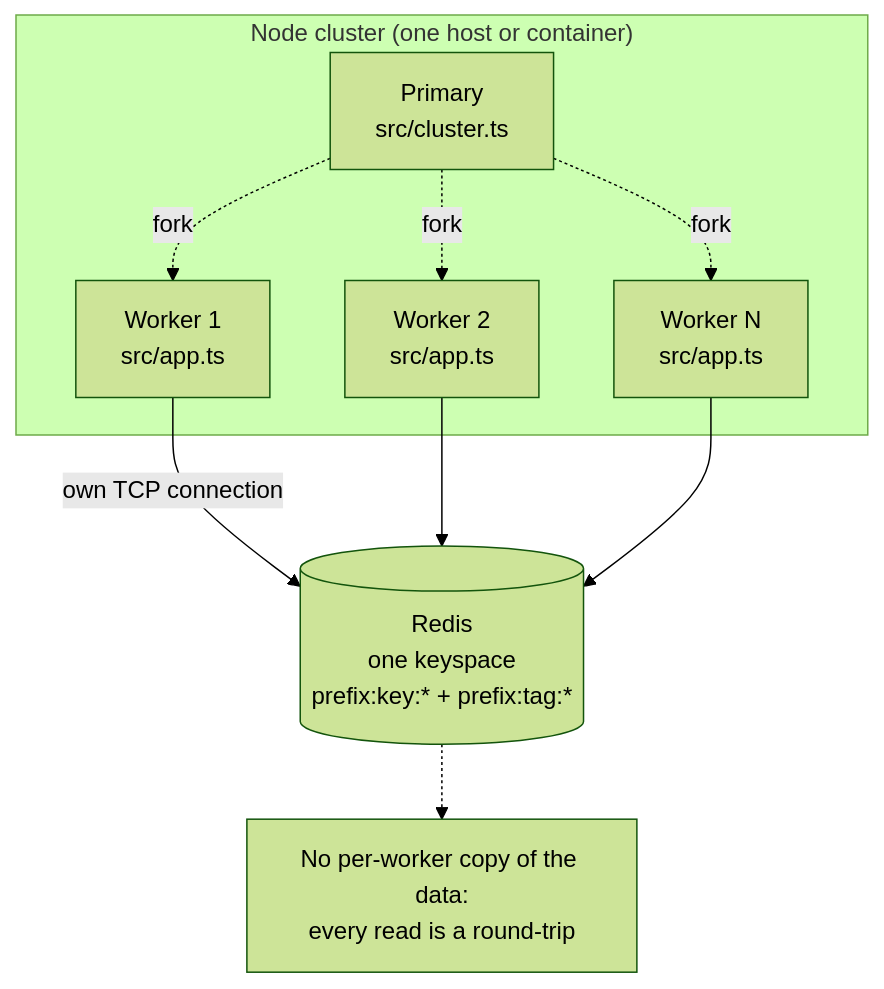
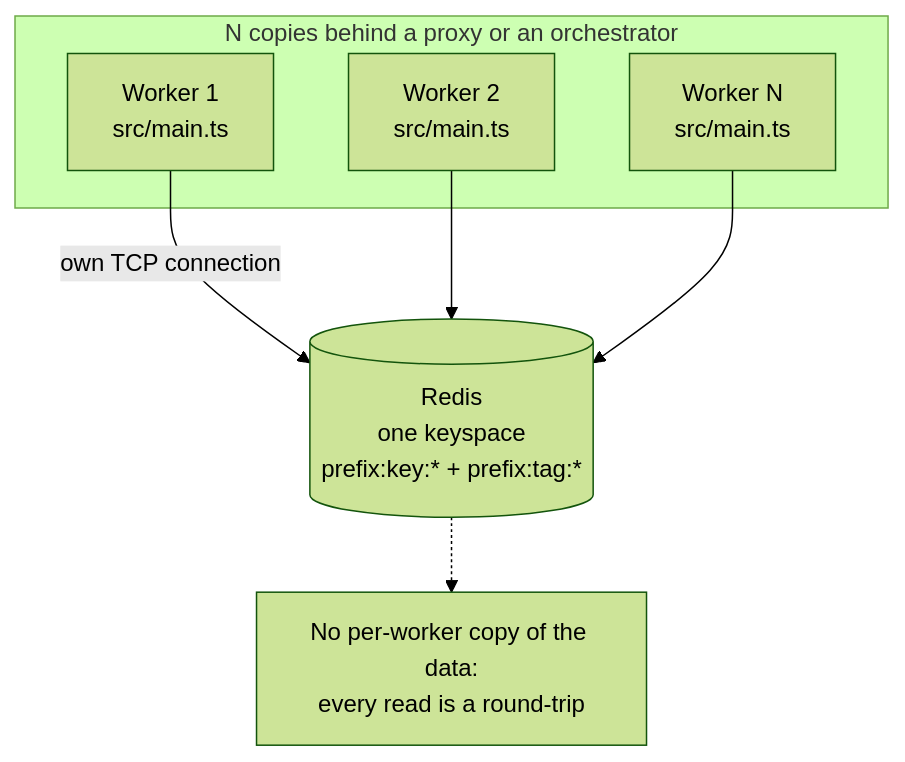
Before and after one commit to Guebbit/boilerplate-node-backend: the first of 3 diagrams in docs/understand/redis-cache-workers.md, drawn with Mermaid (forest theme). The commit also changed other lines of this file and 94 other files, not shown here.

````diff
--- a/docs/understand/redis-cache-workers.md
+++ b/docs/understand/redis-cache-workers.md
@@ -16,17 +16,13 @@
 ```mermaid
 flowchart TD
-    subgraph proc["Node cluster (one host or container)"]
-        P["Primary<br/>src/cluster.ts"]
-        W1["Worker 1<br/>src/app.ts"]
-        W2["Worker 2<br/>src/app.ts"]
-        WN["Worker N<br/>src/app.ts"]
-        P -. fork .-> W1
-        P -. fork .-> W2
-        P -. fork .-> WN
+    subgraph proc["N copies behind a proxy or an orchestrator"]
+        W1["Worker 1<br/>src/main.ts"]
+        W2["Worker 2<br/>src/main.ts"]
+        WN["Worker N<br/>src/main.ts"]
     end
     W1 -->|own TCP connection| R
     W2 --> R
     WN --> R
     R[("Redis<br/>one keyspace<br/>prefix:key:* + prefix:tag:*")]
     R -.-> Note["No per-worker copy of the data:<br/>every read is a round-trip"]
 ```
````
